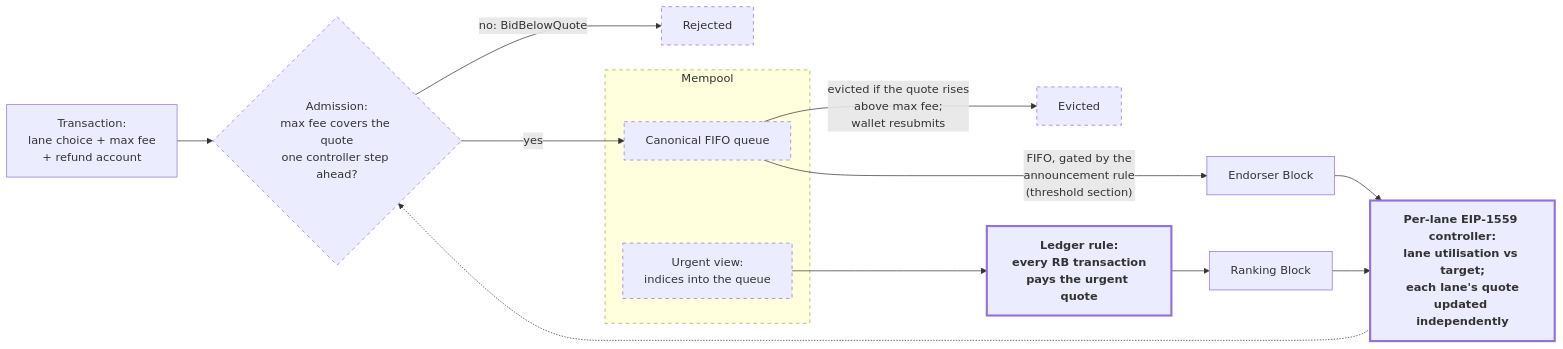
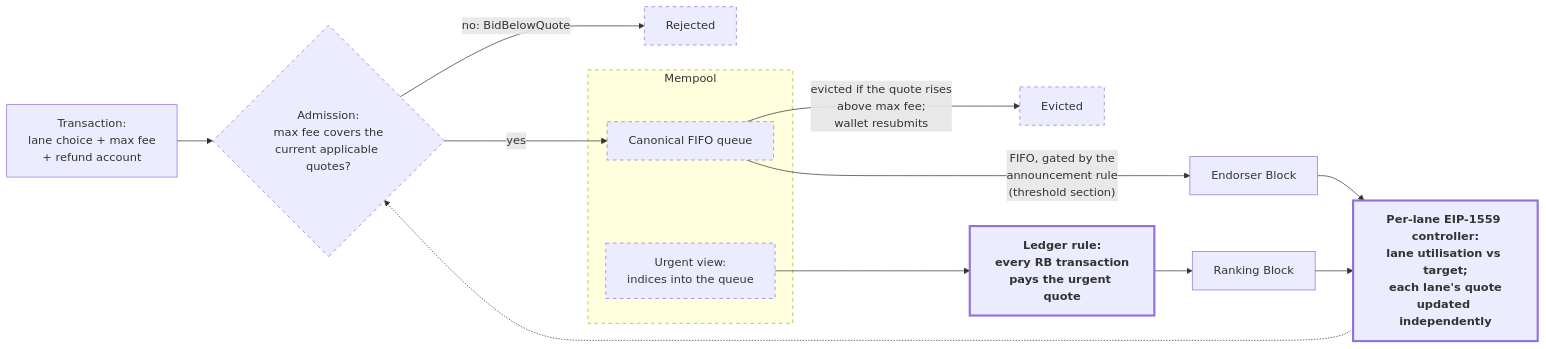
The first of 4 diagrams in CIP-0200/README.md (cardano-foundation/CIPs), drawn with Mermaid before and after one commit. The commit also changed other lines of this file, not shown here.

Commit message:
CIP-0200: remove mandatory admission headroom

````diff
--- a/CIP-0200/README.md
+++ b/CIP-0200/README.md
@@ -76,21 +76,21 @@
 ```mermaid
 flowchart LR
-    TX["Transaction:<br/>lane choice + max fee<br/>+ refund account"] --> ADM{"Admission:<br/>max fee covers the quote<br/>one controller step ahead?"}
+    TX["Transaction:<br/>lane choice + max fee<br/>+ refund account"] --> ADM{"Admission:<br/>max fee covers the<br/>current applicable quotes?"}
     ADM -- "no: BidBelowQuote" --> REJ["Rejected"]
     ADM -- "yes" --> Q
     subgraph MP["Mempool"]
         Q["Canonical FIFO queue"]
         UV["Urgent view:<br/>indices into the queue"]
     end
     Q -- "evicted if the quote rises<br/>above max fee;<br/>wallet resubmits" --> EV["Evicted"]
     UV --> RULE["Ledger rule:<br/>every RB transaction<br/>pays the urgent quote"]
     RULE --> RB["Ranking Block"]
     Q -- "FIFO, gated by the<br/>announcement rule<br/>(threshold section)" --> EB["Endorser Block"]
     RB --> CTRL["Per-lane EIP-1559 controller:<br/>lane utilisation vs target;<br/>each lane's quote<br/>updated independently"]
     EB --> CTRL
     CTRL -.-> ADM
     classDef enforced stroke-width:3px,font-weight:bold;
     classDef policy stroke-dasharray:5 5;
     class RULE,CTRL enforced;
     class ADM,REJ,MP,Q,UV,EV policy;
 ```
````
